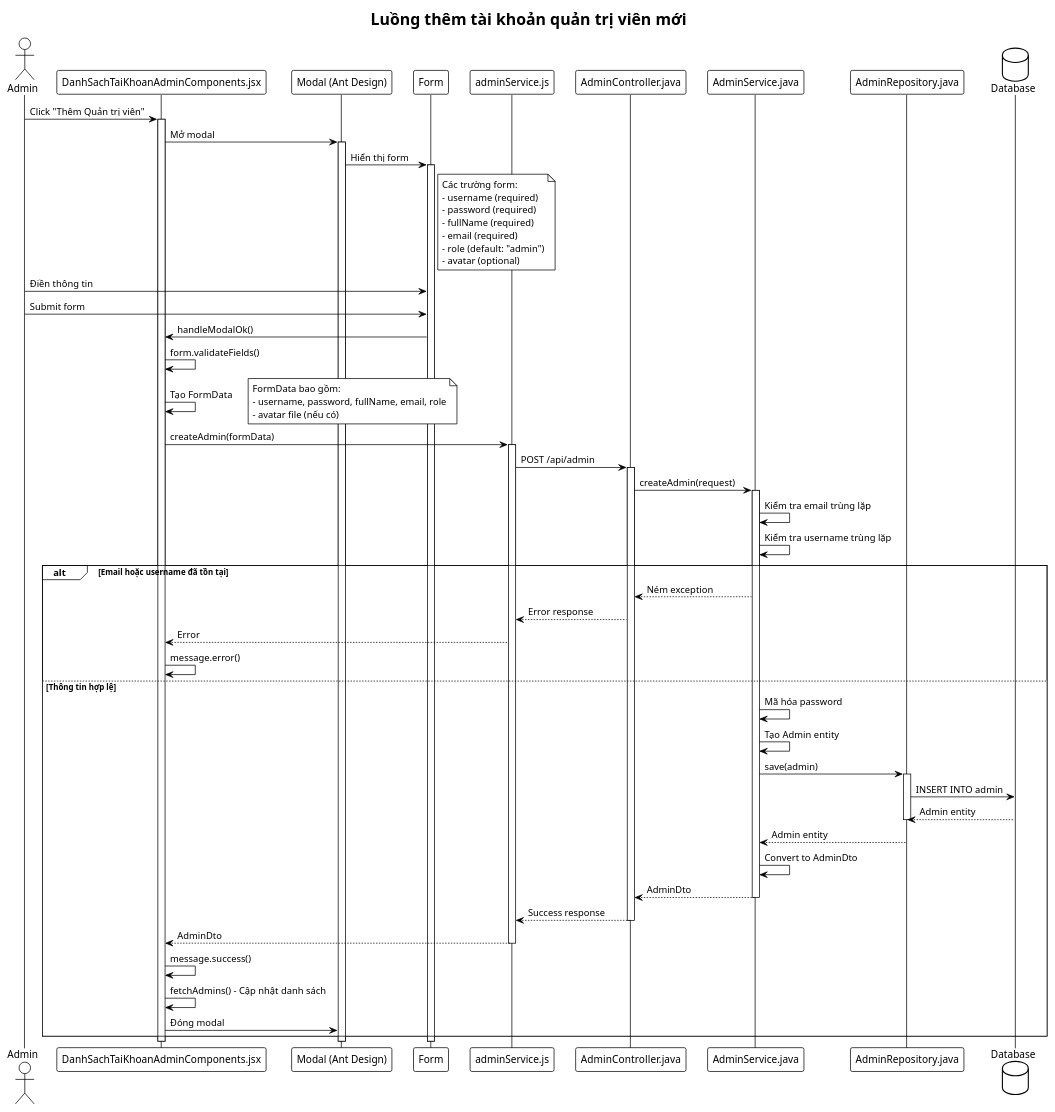
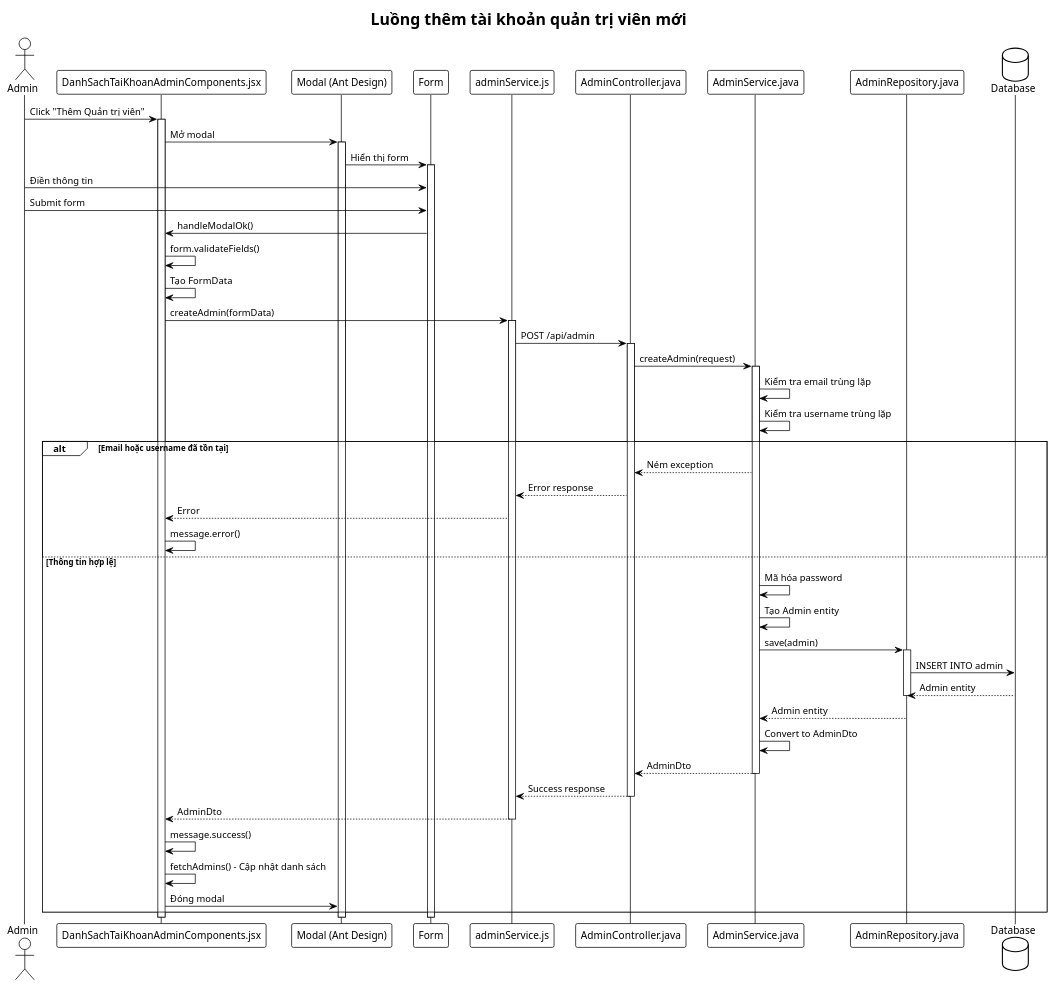
Before and after one commit to truong-backend/He-Thong-Diem-Danh-STU: the diagram in src/main/java/vn/diemdanh/hethong/UML/XuLy/QuanLyTaiKhoanQuanTriVien/ThemQuanTriVienMoi.puml, drawn with PlantUML. The commit also changed 84 other files, not shown here.

Commit message:
Sequence các quản lý tài khoản

```diff
--- a/src/main/java/vn/diemdanh/hethong/UML/XuLy/QuanLyTaiKhoanQuanTriVien/ThemQuanTriVienMoi.puml
+++ b/src/main/java/vn/diemdanh/hethong/UML/XuLy/QuanLyTaiKhoanQuanTriVien/ThemQuanTriVienMoi.puml
@@ -1,81 +1,69 @@
 @startuml
 !theme plain
 title Luồng thêm tài khoản quản trị viên mới
 
 actor Admin as admin
 participant "DanhSachTaiKhoanAdminComponents.jsx" as component
 participant "Modal (Ant Design)" as modal
 participant "Form" as form
 participant "adminService.js" as service
 participant "AdminController.java" as controller
 participant "AdminService.java" as adminService
 participant "AdminRepository.java" as repository
 database "Database" as db
 
 admin -> component: Click "Thêm Quản trị viên"
 activate component
 component -> modal: Mở modal
 activate modal
 modal -> form: Hiển thị form
 activate form
-note right of form
-Các trường form:
-- username (required)
-- password (required)
-- fullName (required)
-- email (required)
-- role (default: "admin")
-- avatar (optional)
-end note
+
 
 admin -> form: Điền thông tin
 admin -> form: Submit form
 form -> component: handleModalOk()
 component -> component: form.validateFields()
 component -> component: Tạo FormData
-note right
-FormData bao gồm:
-- username, password, fullName, email, role
-- avatar file (nếu có)
-end note
+
 
 component -> service: createAdmin(formData)
 activate service
 service -> controller: POST /api/admin
 activate controller
 controller -> adminService: createAdmin(request)
 activate adminService
 
 adminService -> adminService: Kiểm tra email trùng lặp
 adminService -> adminService: Kiểm tra username trùng lặp
 alt Email hoặc username đã tồn tại
     adminService --> controller: Ném exception
     controller --> service: Error response
     service --> component: Error
     component -> component: message.error()
 else Thông tin hợp lệ
     adminService -> adminService: Mã hóa password
     adminService -> adminService: Tạo Admin entity
     adminService -> repository: save(admin)
     activate repository
     repository -> db: INSERT INTO admin
     db --> repository: Admin entity
     deactivate repository
     repository --> adminService: Admin entity
     adminService -> adminService: Convert to AdminDto
     adminService --> controller: AdminDto
     deactivate adminService
     controller --> service: Success response
     deactivate controller
     service --> component: AdminDto
     deactivate service
 
     component -> component: message.success()
     component -> component: fetchAdmins() - Cập nhật danh sách
     component -> modal: Đóng modal
 end
 
 deactivate form
 deactivate modal
 deactivate component
 @enduml
```
